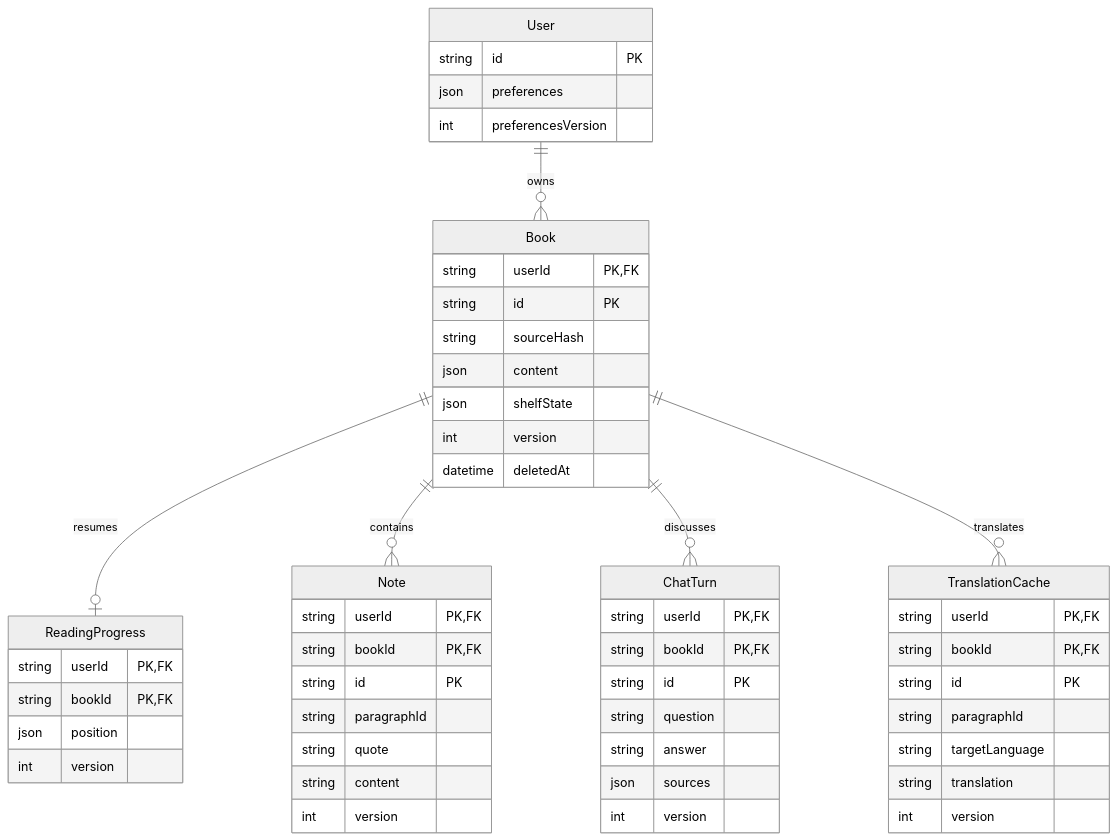
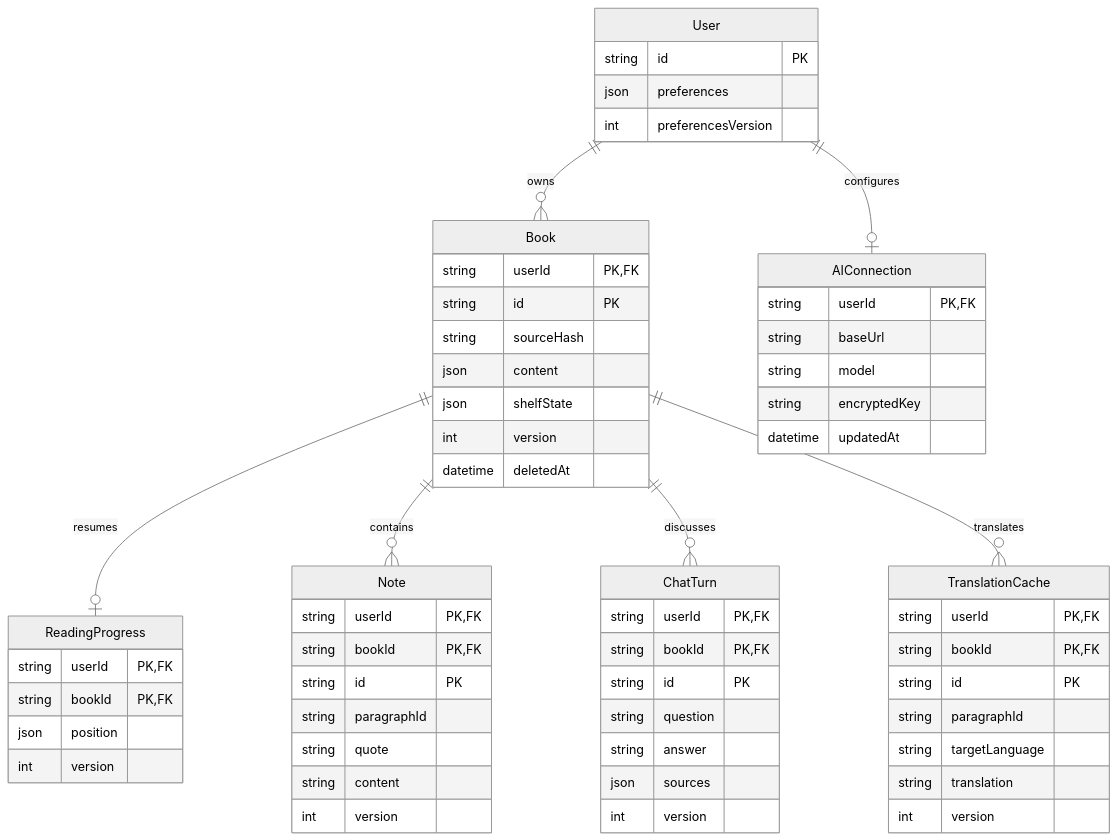
The diagram in docs/architecture.md (velobase/ai-read), drawn with Mermaid (neutral theme) before and after one commit. The commit also changed other lines of this file and 6 other files, not shown here.

````diff
--- a/docs/architecture.md
+++ b/docs/architecture.md
@@ -88,55 +88,63 @@
 ```mermaid
 erDiagram
     User ||--o{ Book : owns
+    User ||--o| AIConnection : configures
     Book ||--o| ReadingProgress : resumes
     Book ||--o{ Note : contains
     Book ||--o{ ChatTurn : discusses
     Book ||--o{ TranslationCache : translates
     User {
         string id PK
         json preferences
         int preferencesVersion
+    }
+    AIConnection {
+        string userId PK,FK
+        string baseUrl
+        string model
+        string encryptedKey
+        datetime updatedAt
     }
     Book {
         string userId PK,FK
         string id PK
         string sourceHash
         json content
         json shelfState
         int version
         datetime deletedAt
     }
     ReadingProgress {
         string userId PK,FK
         string bookId PK,FK
         json position
         int version
     }
     Note {
         string userId PK,FK
         string bookId PK,FK
         string id PK
         string paragraphId
         string quote
         string content
         int version
     }
     ChatTurn {
         string userId PK,FK
         string bookId PK,FK
         string id PK
         string question
         string answer
         json sources
         int version
     }
     TranslationCache {
         string userId PK,FK
         string bookId PK,FK
         string id PK
         string paragraphId
         string targetLanguage
         string translation
         int version
     }
 ```
````
